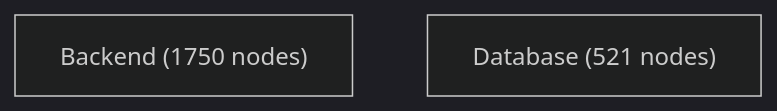
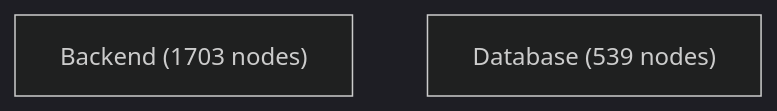
Before and after one commit to jankneumann/agentic-coding-tools: the first of 4 diagrams in docs/architecture-analysis/architecture.report.md, drawn with Mermaid (dark theme). The commit also changed other lines of this file and 12 other files, not shown here.

Commit message:
chore(architecture): refresh artifacts at 8a897cb3 after PR #714

````diff
--- a/docs/architecture-analysis/architecture.report.md
+++ b/docs/architecture-analysis/architecture.report.md
@@ -541,5 +530,5 @@
 ```mermaid
 flowchart TB
-    Backend["Backend (1750 nodes)"]
-    Database["Database (521 nodes)"]
+    Backend["Backend (1703 nodes)"]
+    Database["Database (539 nodes)"]
 ```
````
